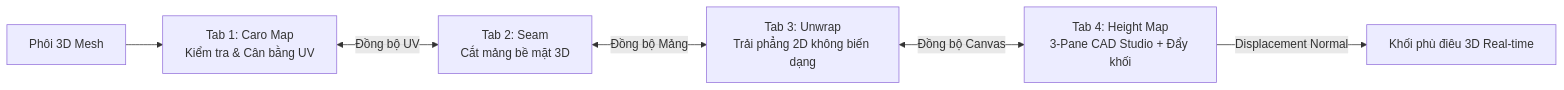
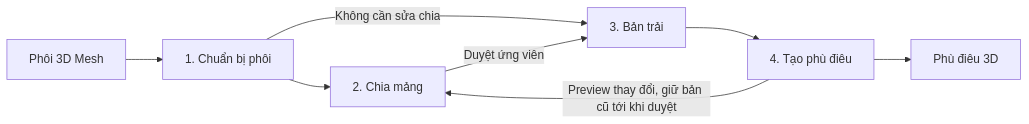
One commit to tuan138/bscu changed the first of 2 diagrams in docs/concept/UIUX.md. Above: the diagram before and after it, drawn with Mermaid. The commit also changed other lines of this file and 2 other files, not shown here.

Commit message:
docs(concept): UIUX v1.5.0 - chot xuat 5 truc, D10 hai tang, lop phu mau, instance, nhap SVG/DXF, kien truc K1-K7, Studio 3 cot

````diff
--- a/docs/concept/UIUX.md
+++ b/docs/concept/UIUX.md
@@ -14,8 +14,10 @@
 ```mermaid
 graph LR
-    A["Phôi 3D Mesh"] --> Tab1["Tab 1: Caro Map<br/>Kiểm tra &amp; Cân bằng UV"]
-    Tab1 <-->|Đồng bộ UV| Tab2["Tab 2: Seam<br/>Cắt mảng bề mặt 3D"]
-    Tab2 <-->|Đồng bộ Mảng| Tab3["Tab 3: Unwrap<br/>Trải phẳng 2D không biến dạng"]
-    Tab3 <-->|Đồng bộ Canvas| Tab4["Tab 4: Height Map<br/>3-Pane CAD Studio + Đẩy khối"]
-    Tab4 -->|Displacement Normal| B["Khối phù điêu 3D Real-time"]
+    A["Phôi 3D Mesh"] --> Tab1["1. Chuẩn bị phôi"]
+    Tab1 --> Tab2["2. Chia mảng"]
+    Tab1 -->|Không cần sửa chia| Tab3["3. Bản trải"]
+    Tab2 -->|Duyệt ứng viên| Tab3
+    Tab3 --> Tab4["4. Tạo phù điêu"]
+    Tab4 -->|Preview thay đổi, giữ bản cũ tới khi duyệt| Tab2
+    Tab4 --> B["Phù điêu 3D"]
 ```
````
